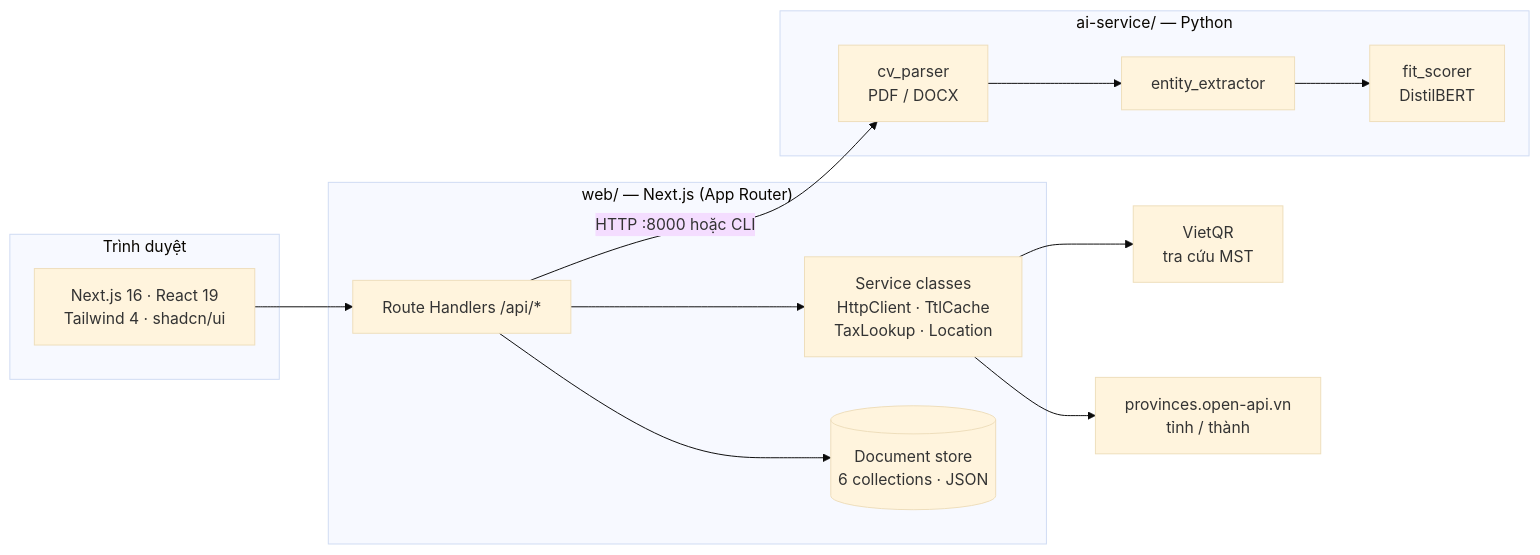
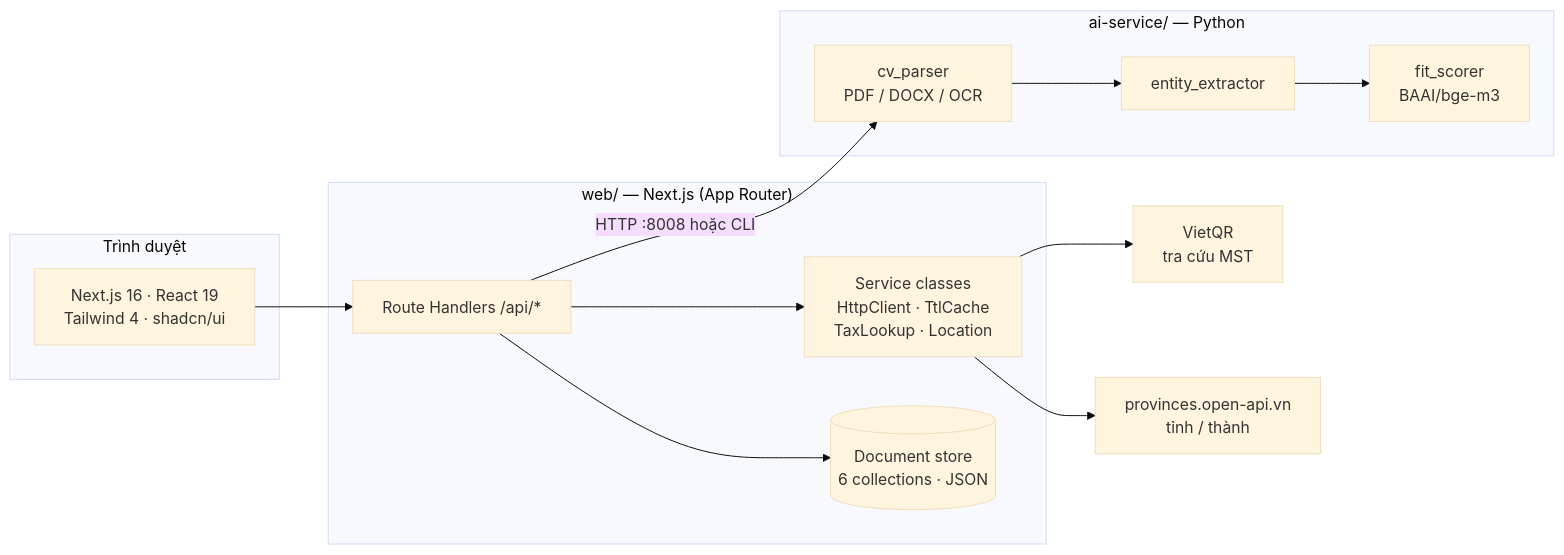
The first of 2 diagrams in README.md (phamkhoa18/dungviec-platform), drawn with Mermaid (base theme) before and after one commit. The commit also changed other lines of this file and 397 other files, not shown here.

Commit message:
feat: cập nhật mô hình BGE-M3 song ngữ, Parser V2 + OCR, bộ 200 CV thực tế và báo cáo tuần 3-6

````diff
--- a/README.md
+++ b/README.md
@@ -90,29 +90,29 @@
 ```mermaid
 flowchart LR
     subgraph Client["Trình duyệt"]
         UI["Next.js 16 · React 19<br/>Tailwind 4 · shadcn/ui"]
     end
 
     subgraph Web["web/ — Next.js (App Router)"]
         API["Route Handlers /api/*"]
         SVC["Service classes<br/>HttpClient · TtlCache<br/>TaxLookup · Location"]
         STORE[("Document store<br/>6 collections · JSON")]
     end
 
     subgraph AI["ai-service/ — Python"]
-        PARSE["cv_parser<br/>PDF / DOCX"]
+        PARSE["cv_parser<br/>PDF / DOCX / OCR"]
         NER["entity_extractor"]
-        SCORE["fit_scorer<br/>DistilBERT"]
+        SCORE["fit_scorer<br/>BAAI/bge-m3"]
     end
 
     EXT1["VietQR<br/>tra cứu MST"]
     EXT2["provinces.open-api.vn<br/>tỉnh / thành"]
 
     UI --> API
     API --> STORE
-    API -->|"HTTP :8000 hoặc CLI"| PARSE
+    API -->|"HTTP :8008 hoặc CLI"| PARSE
     PARSE --> NER --> SCORE
     API --> SVC
     SVC --> EXT1
     SVC --> EXT2
 ```
````
